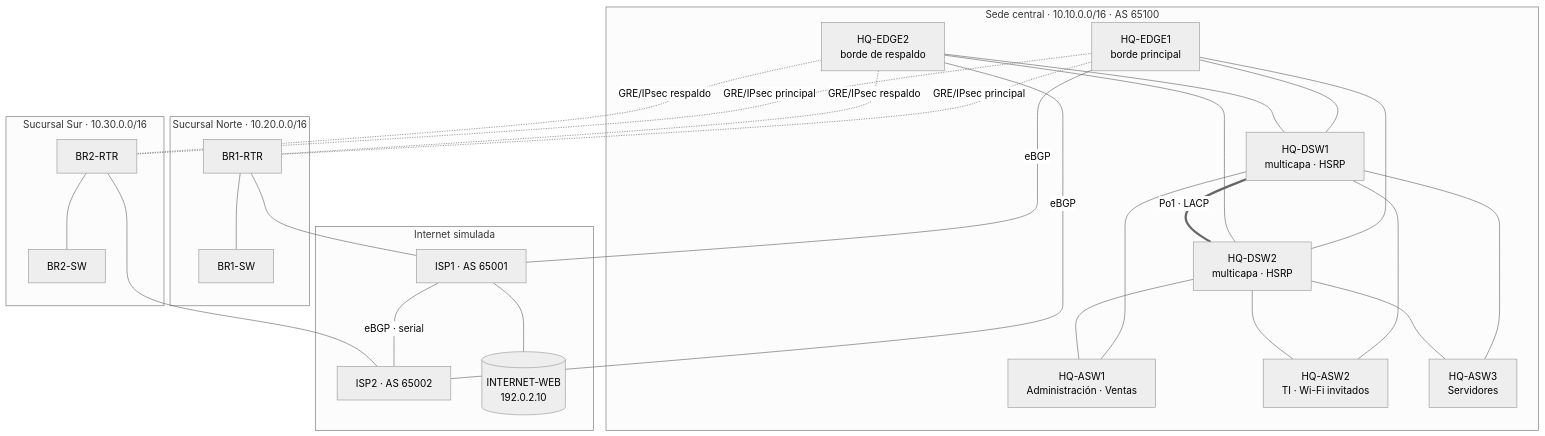
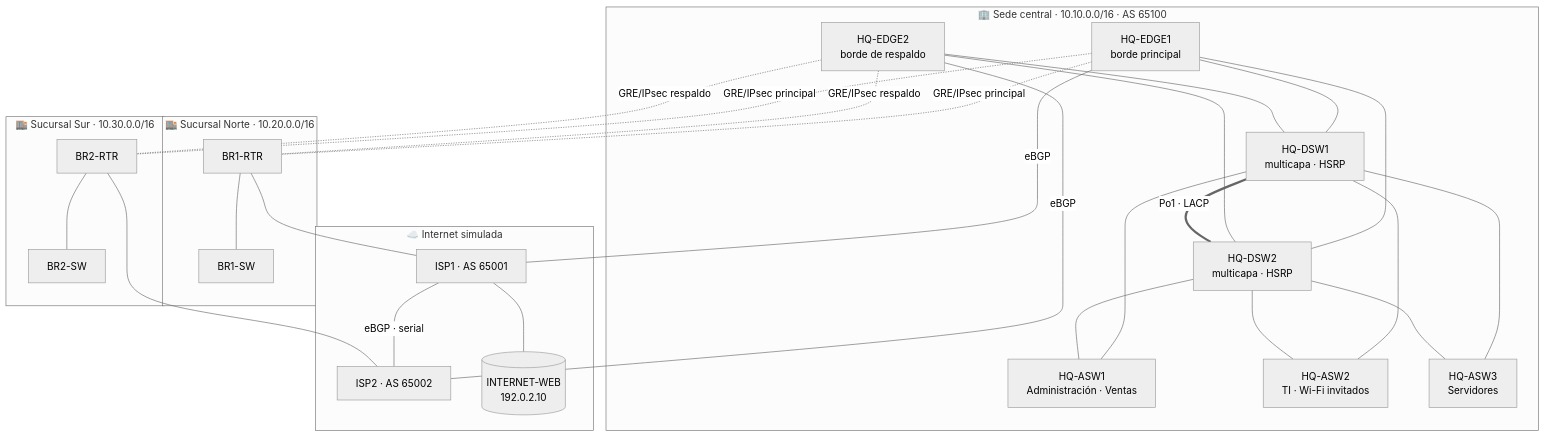
The first of 5 diagrams in README.md (0scar07/netcorp-cisco), drawn with Mermaid (neutral theme) before and after one commit. The commit also changed other lines of this file, not shown here.

Commit message:
docs: README completo con diagramas, resultados, galería y FAQ

````diff
--- a/README.md
+++ b/README.md
@@ -22,41 +80,41 @@
 ```mermaid
 flowchart TB
-    subgraph NET["Internet simulada"]
+    subgraph NET["☁️ Internet simulada"]
         ISP1["ISP1 · AS 65001"]
         ISP2["ISP2 · AS 65002"]
         WEBX[("INTERNET-WEB<br/>192.0.2.10")]
         ISP1 ---|"eBGP · serial"| ISP2
         ISP1 --- WEBX
     end
 
-    subgraph HQ["Sede central · 10.10.0.0/16 · AS 65100"]
+    subgraph HQ["🏢 Sede central · 10.10.0.0/16 · AS 65100"]
         EDGE1["HQ-EDGE1<br/>borde principal"]
         EDGE2["HQ-EDGE2<br/>borde de respaldo"]
         DSW1["HQ-DSW1<br/>multicapa · HSRP"]
         DSW2["HQ-DSW2<br/>multicapa · HSRP"]
         ASW1["HQ-ASW1<br/>Administración · Ventas"]
         ASW2["HQ-ASW2<br/>TI · Wi-Fi invitados"]
         ASW3["HQ-ASW3<br/>Servidores"]
         EDGE1 --- DSW1 & DSW2
         EDGE2 --- DSW1 & DSW2
         DSW1 ===|"Po1 · LACP"| DSW2
         DSW1 --- ASW1 & ASW2 & ASW3
         DSW2 --- ASW1 & ASW2 & ASW3
     end
 
-    subgraph SN["Sucursal Norte · 10.20.0.0/16"]
+    subgraph SN["🏬 Sucursal Norte · 10.20.0.0/16"]
         R1["BR1-RTR"] --- S1["BR1-SW"]
     end
-    subgraph SS["Sucursal Sur · 10.30.0.0/16"]
+    subgraph SS["🏬 Sucursal Sur · 10.30.0.0/16"]
         R2["BR2-RTR"] --- S2["BR2-SW"]
     end
 
     EDGE1 ---|eBGP| ISP1
     EDGE2 ---|eBGP| ISP2
     R1 --- ISP1
     R2 --- ISP2
     EDGE1 -. "GRE/IPsec principal" .- R1
     EDGE1 -. "GRE/IPsec principal" .- R2
     EDGE2 -. "GRE/IPsec respaldo" .- R1
     EDGE2 -. "GRE/IPsec respaldo" .- R2
 ```
````
